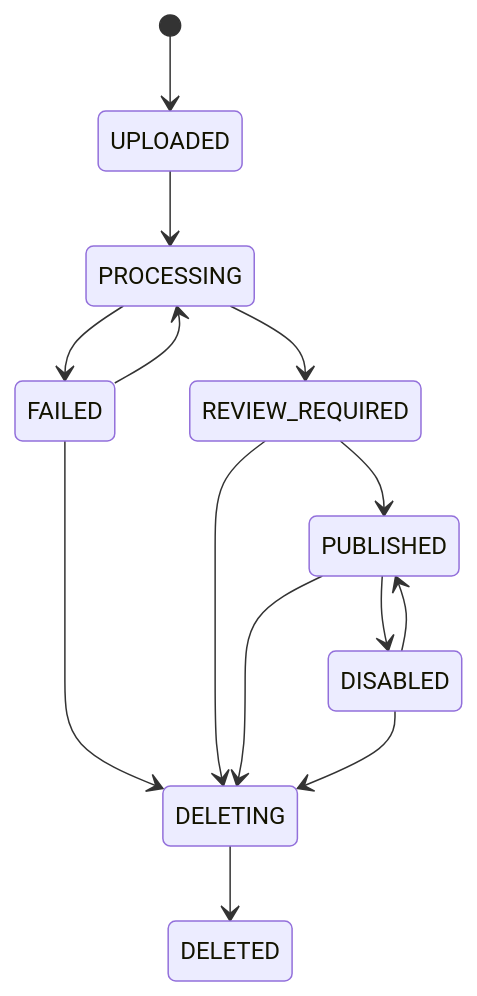
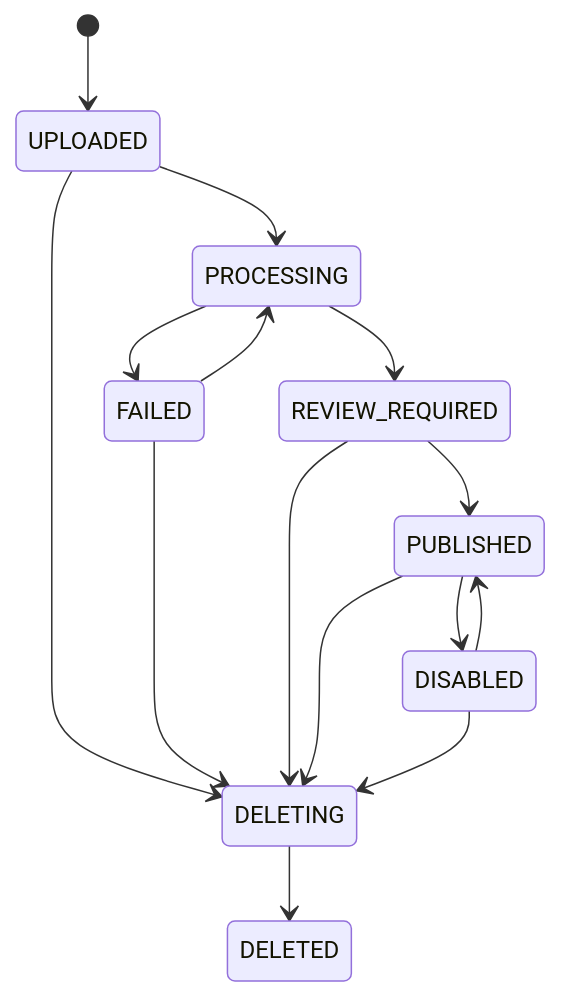
Before and after one commit to nocodig/rag_base: the sixth of 9 diagrams in doc/03-RAG知识库平台系统设计说明书.md, drawn with Mermaid. The commit also changed other lines of this file and 5 other files, not shown here.

```diff
--- a/doc/03-RAG知识库平台系统设计说明书.md
+++ b/doc/03-RAG知识库平台系统设计说明书.md
@@ -710,16 +801,17 @@
 ~~~mermaid
 stateDiagram-v2
     [*] --> UPLOADED
     UPLOADED --> PROCESSING
+    UPLOADED --> DELETING
     PROCESSING --> REVIEW_REQUIRED
     PROCESSING --> FAILED
     FAILED --> PROCESSING
     FAILED --> DELETING
     REVIEW_REQUIRED --> PUBLISHED
     REVIEW_REQUIRED --> DELETING
     PUBLISHED --> DISABLED
     PUBLISHED --> DELETING
     DISABLED --> PUBLISHED
     DISABLED --> DELETING
     DELETING --> DELETED
 ~~~
```
